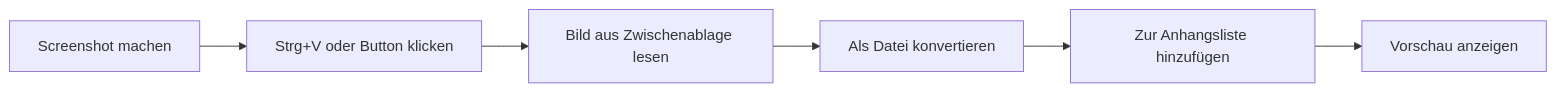
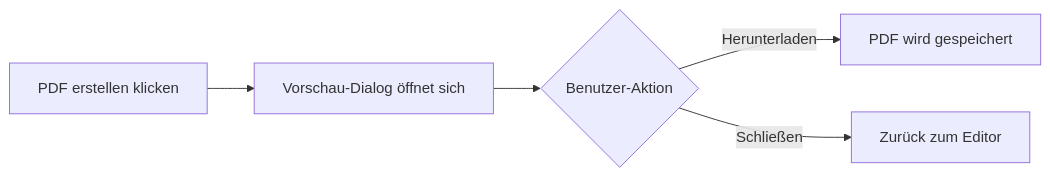
Before and after one commit to koplean-coder/feuerwehr-marchtrenk-bestellfreigabe: the diagram in PLAN.md, drawn with Mermaid. The commit also changed other lines of this file and 2 other files, not shown here.

Commit message:
Implemented PDF preview and improved header

````diff
--- a/PLAN.md
+++ b/PLAN.md
@@ -11,8 +15,7 @@
 ```mermaid
 flowchart LR
-    A[Screenshot machen] --> B[Strg+V oder Button klicken]
-    B --> C[Bild aus Zwischenablage lesen]
-    C --> D[Als Datei konvertieren]
-    D --> E[Zur Anhangsliste hinzufügen]
-    E --> F[Vorschau anzeigen]
+    A[PDF erstellen klicken] --> B[Vorschau-Dialog öffnet sich]
+    B --> C{Benutzer-Aktion}
+    C -->|Herunterladen| D[PDF wird gespeichert]
+    C -->|Schließen| E[Zurück zum Editor]
 ```
````
